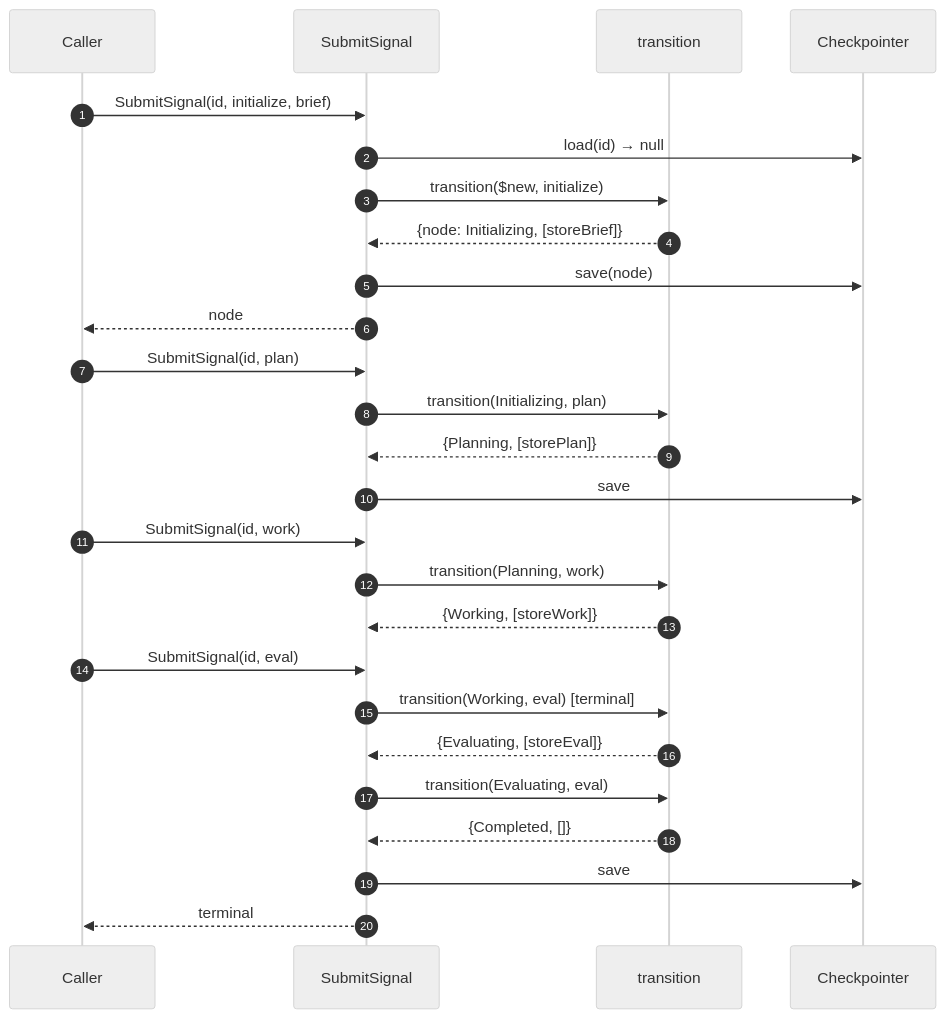
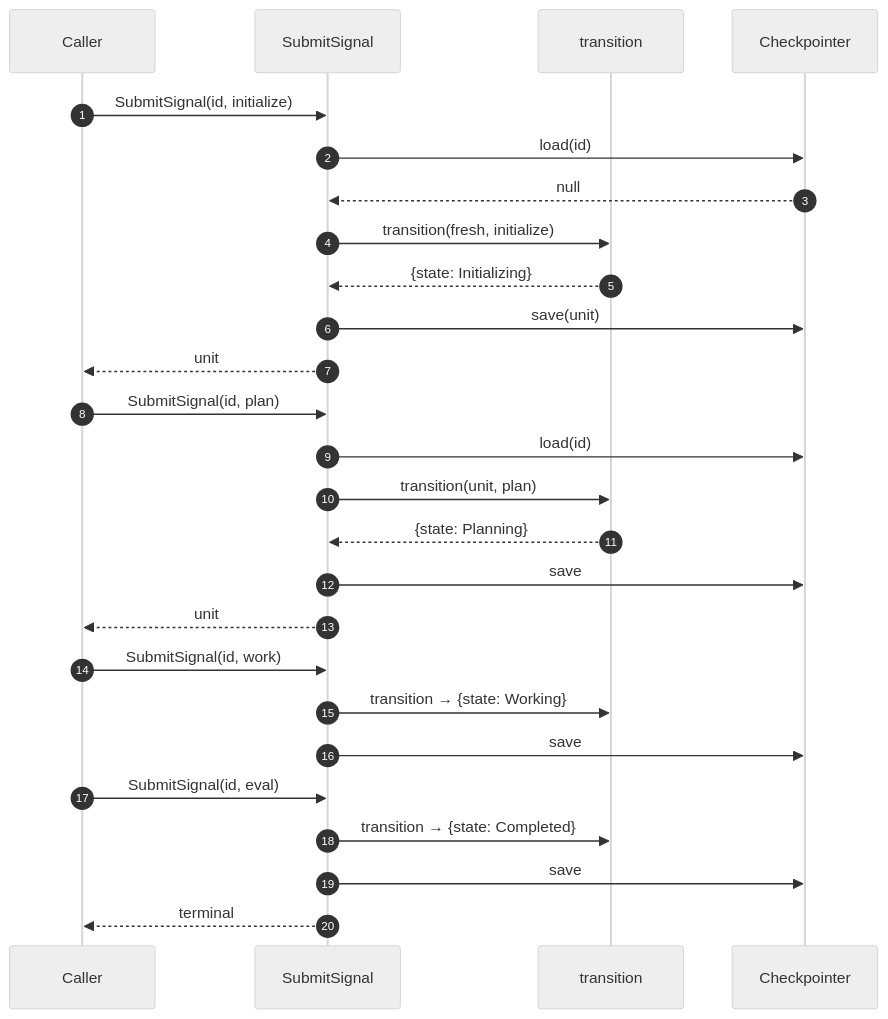
The diagram in architecture.md (foreman-lab/handbook), drawn with Mermaid (neutral theme) before and after one commit. The commit also changed other lines of this file, not shown here.

First line of the commit message:
docs: reframe as unit/state, opaque payloads

````diff
--- a/architecture.md
+++ b/architecture.md
@@ -301,32 +207,32 @@
 ```mermaid
 sequenceDiagram
     autonumber
     participant C as Caller
     participant UC as SubmitSignal
     participant Dom as transition
     participant CP as Checkpointer
 
-    C->>UC: SubmitSignal(id, initialize, brief)
-    UC->>CP: load(id) → null
-    UC->>Dom: transition($new, initialize)
-    Dom-->>UC: {node: Initializing, [storeBrief]}
-    UC->>CP: save(node)
-    UC-->>C: node
+    C->>UC: SubmitSignal(id, initialize)
+    UC->>CP: load(id)
+    CP-->>UC: null
+    UC->>Dom: transition(fresh, initialize)
+    Dom-->>UC: {state: Initializing}
+    UC->>CP: save(unit)
+    UC-->>C: unit
 
     C->>UC: SubmitSignal(id, plan)
-    UC->>Dom: transition(Initializing, plan)
-    Dom-->>UC: {Planning, [storePlan]}
+    UC->>CP: load(id)
+    UC->>Dom: transition(unit, plan)
+    Dom-->>UC: {state: Planning}
+    UC->>CP: save
+    UC-->>C: unit
+
+    C->>UC: SubmitSignal(id, work)
+    UC->>Dom: transition → {state: Working}
     UC->>CP: save
 
-    C->>UC: SubmitSignal(id, work)
-    UC->>Dom: transition(Planning, work)
-    Dom-->>UC: {Working, [storeWork]}
-
     C->>UC: SubmitSignal(id, eval)
-    UC->>Dom: transition(Working, eval) [terminal]
-    Dom-->>UC: {Evaluating, [storeEval]}
-    UC->>Dom: transition(Evaluating, eval)
-    Dom-->>UC: {Completed, []}
+    UC->>Dom: transition → {state: Completed}
     UC->>CP: save
     UC-->>C: terminal
 ```
````
